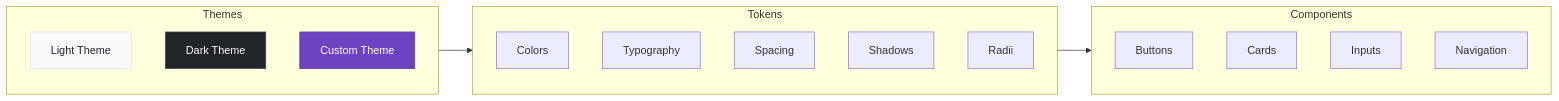
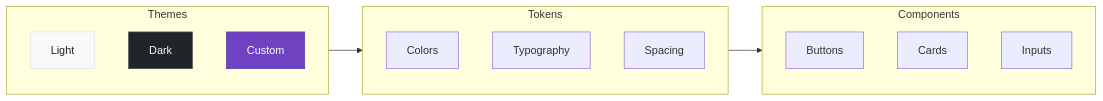
Before and after one commit to muhittincamdali/SwiftUI-Design-System-Pro: the second of 2 diagrams in README.md, drawn with Mermaid. The commit also changed other lines of this file, not shown here.

````diff
--- a/README.md
+++ b/README.md
@@ -262,30 +208,26 @@
 ```mermaid
 flowchart LR
     subgraph Themes
-        L[Light Theme]
-        D[Dark Theme]
-        C[Custom Theme]
+        L[Light]
+        D[Dark]
+        C[Custom]
     end
     
     subgraph Tokens
         CO[Colors]
         TY[Typography]
         SP[Spacing]
-        SH[Shadows]
-        RA[Radii]
     end
     
     subgraph Components
         B[Buttons]
         CA[Cards]
         IN[Inputs]
-        NA[Navigation]
     end
     
-    Themes --> Tokens
-    Tokens --> Components
+    Themes --> Tokens --> Components
     
     style L fill:#f8f9fa,stroke:#dee2e6,color:#212529
     style D fill:#212529,stroke:#495057,color:#f8f9fa
     style C fill:#6f42c1,stroke:#5a32a3,color:#fff
 ```
````
